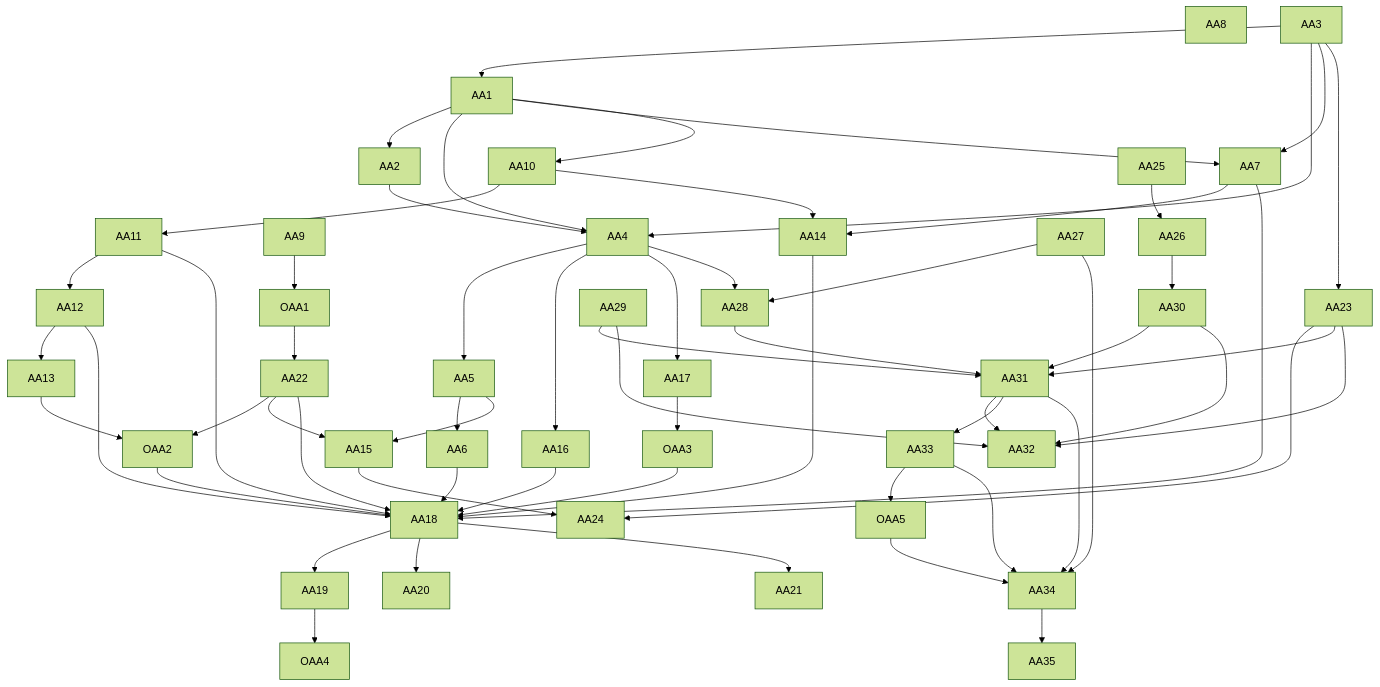
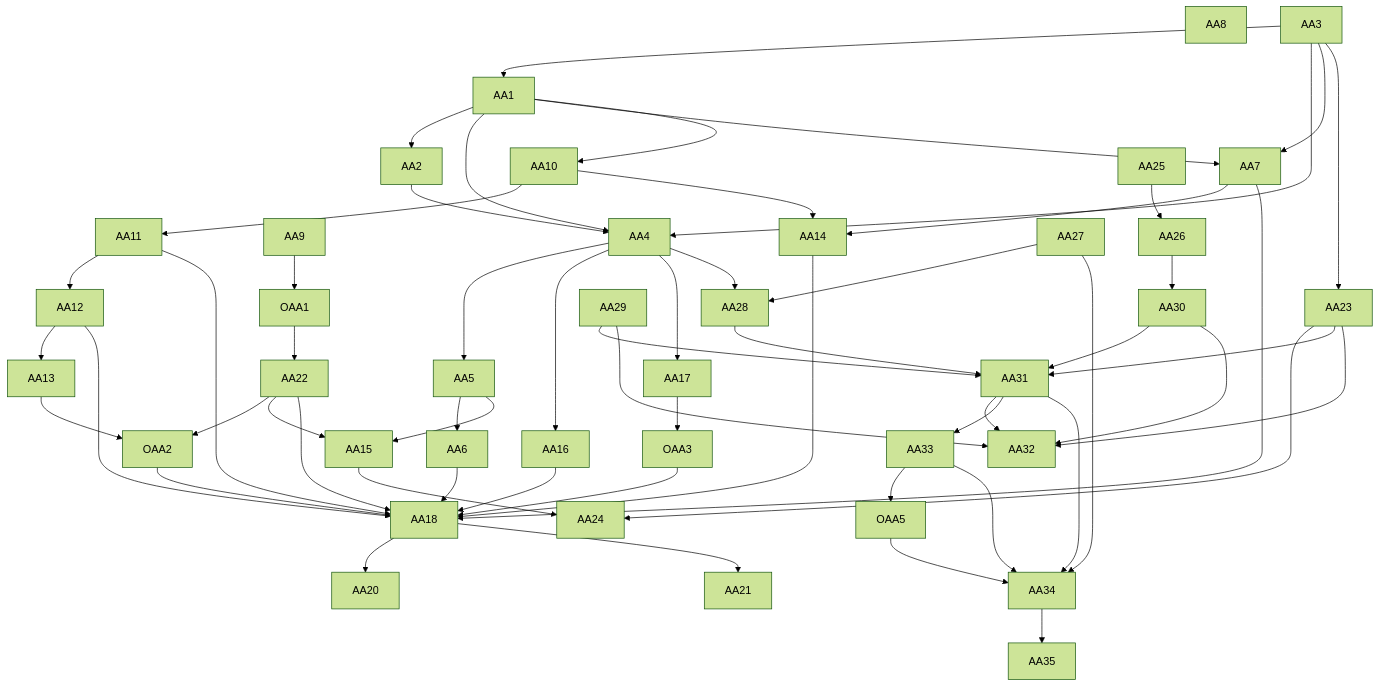
One commit to diy-accounting-uk/submit.diyaccounting.co.uk changed the diagram in PLAN_AMENDED_ACCOUNTS.md. Above: the diagram before and after it, drawn with Mermaid (forest theme). The commit also changed other lines of this file and 1 other file, not shown here.

First line of the commit message:
Refine: AA19 and OAA4 leave the board and the plan; cross-references follow the SY2 decision

````diff
--- a/PLAN_AMENDED_ACCOUNTS.md
+++ b/PLAN_AMENDED_ACCOUNTS.md
@@ -824,63 +807,61 @@
 ```mermaid
 graph TD
   AA8
   AA3 --> AA1
   AA1 --> AA2
   AA1 --> AA4
   AA2 --> AA4
   AA3 --> AA4
   AA4 --> AA5
   AA5 --> AA6
   AA1 --> AA7
   AA3 --> AA7
   AA9 --> OAA1
   OAA1 --> AA22
   AA1 --> AA10
   AA10 --> AA11
   AA11 --> AA12
   AA12 --> AA13
   AA13 --> OAA2
   AA22 --> OAA2
   AA7 --> AA14
   AA10 --> AA14
   AA22 --> AA15
   AA5 --> AA15
   AA3 --> AA23
   AA23 --> AA24
   AA15 --> AA24
   AA4 --> AA16
   AA4 --> AA17
   AA17 --> OAA3
   AA6 --> AA18
   AA7 --> AA18
   AA11 --> AA18
   AA12 --> AA18
   AA14 --> AA18
   AA16 --> AA18
   AA22 --> AA18
   OAA2 --> AA18
   OAA3 --> AA18
-  AA18 --> AA19
-  AA19 --> OAA4
   AA18 --> AA20
   AA18 --> AA21
   AA4 --> AA28
   AA27 --> AA28
   AA25 --> AA26
   AA26 --> AA30
   AA23 --> AA31
   AA28 --> AA31
   AA29 --> AA31
   AA30 --> AA31
   AA23 --> AA32
   AA29 --> AA32
   AA30 --> AA32
   AA31 --> AA32
   AA31 --> AA33
   AA33 --> OAA5
   AA27 --> AA34
   AA31 --> AA34
   AA33 --> AA34
   OAA5 --> AA34
   AA34 --> AA35
 ```
````
